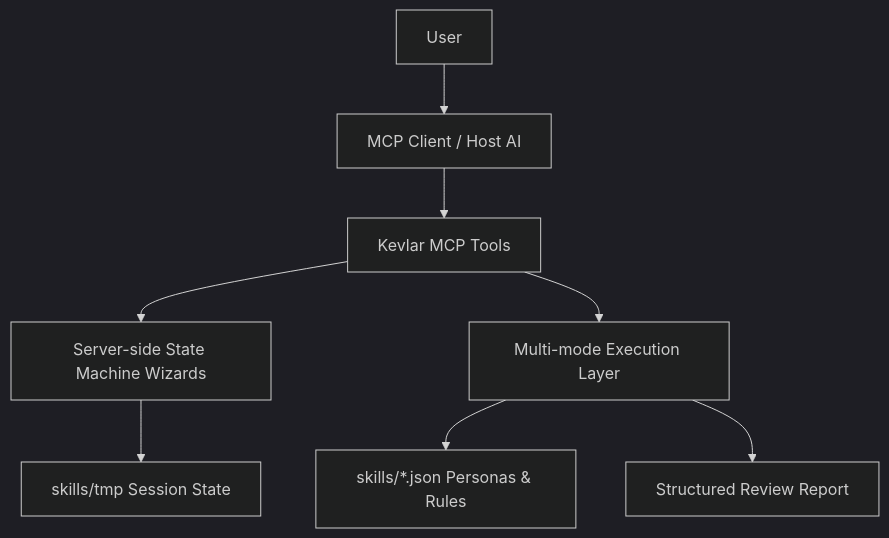
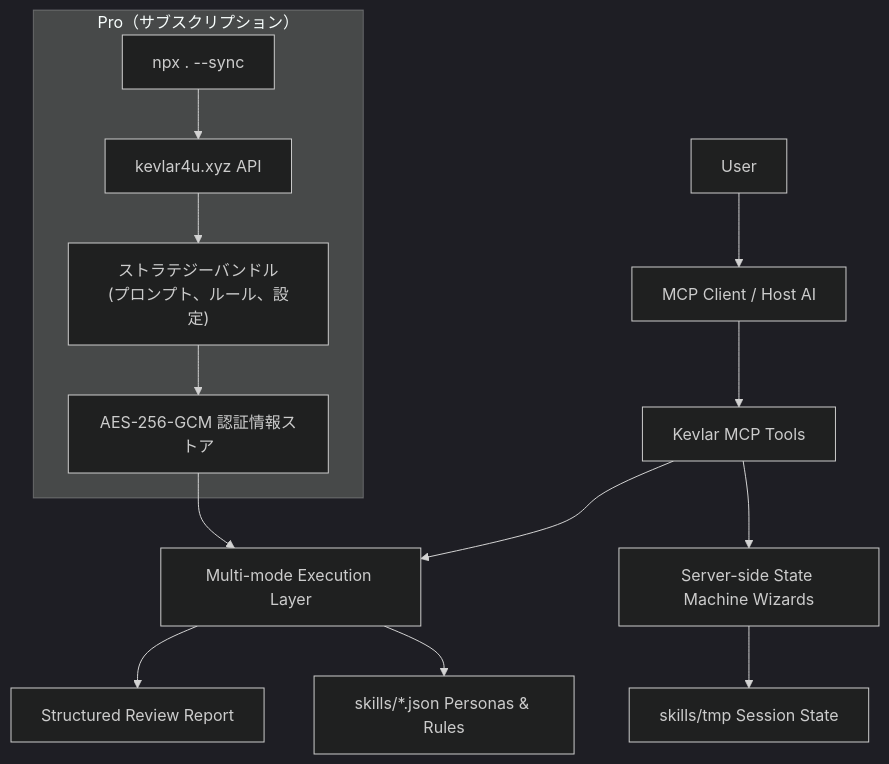
The third of 3 diagrams in docs/README.ja.md (ChurzeXo/kevlar-4u), drawn with Mermaid (dark theme) before and after one commit. The commit also changed other lines of this file and 35 other files, not shown here.

First line of the commit message:
fix: align with backend v1 API — sessionId 128-char limit, server URL, TDZ fix

````diff
--- a/docs/README.ja.md
+++ b/docs/README.ja.md
@@ -255,10 +279,19 @@
 ```mermaid
 flowchart TD
   User["User"] --> Client["MCP Client / Host AI"]
   Client --> Tools["Kevlar MCP Tools"]
   Tools --> Wizards["Server-side State Machine Wizards"]
   Tools --> Execution["Multi-mode Execution Layer"]
   Wizards --> Tmp["skills/tmp Session State"]
   Execution --> Personas["skills/*.json Personas & Rules"]
   Execution --> Report["Structured Review Report"]
+
+  subgraph Pro["Pro（サブスクリプション）"]
+    Sync["npx . --sync"]
+    Server["kevlar4u.xyz API"]
+    Bundle["ストラテジーバンドル<br/>(プロンプト、ルール、設定)"]
+    Cred["AES-256-GCM 認証情報ストア"]
+  end
+
+  Sync --> Server --> Bundle --> Cred --> Execution
 ```
````
